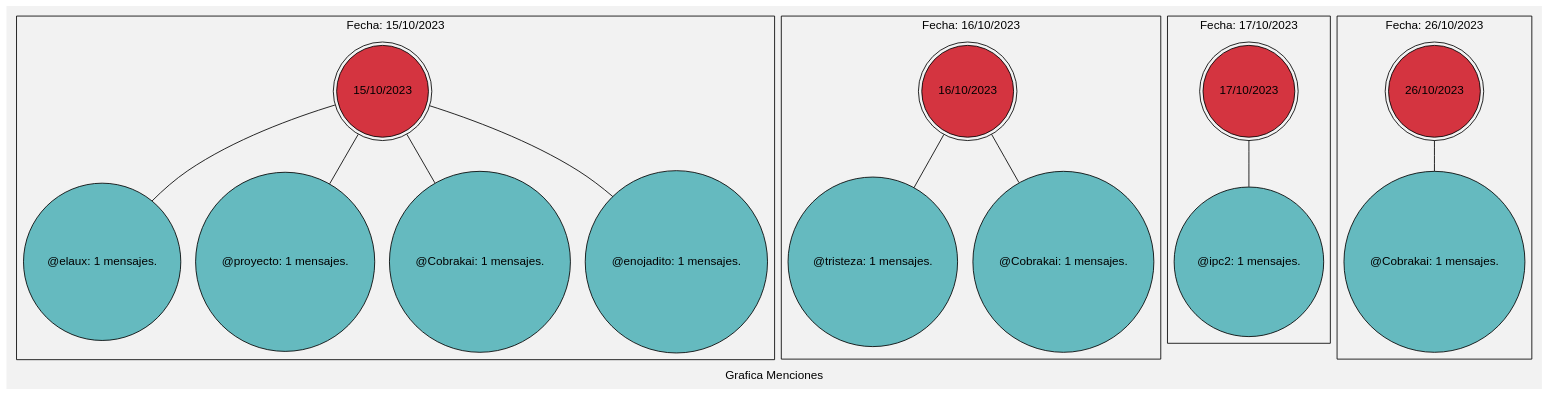
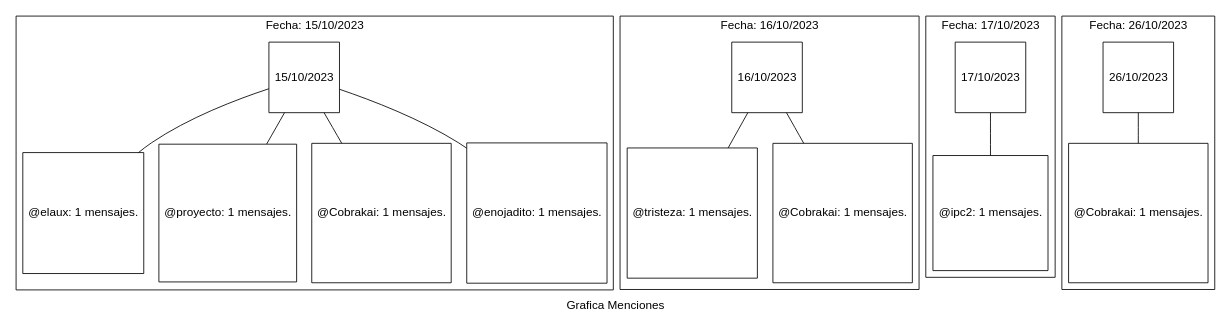
The diagram in Graficas/Grafica_Menciones.dot (PabloR03/IPC2_Proyecto3_202201947), drawn with Graphviz before and after one commit. The commit also changed 45 other files, not shown here.

```diff
--- a/Graficas/Grafica_Menciones.dot
+++ b/Graficas/Grafica_Menciones.dot
@@ -1,38 +1,38 @@
 
-            graph "" {bgcolor="#f2f2f2" gradientangle=90 label="Grafica Menciones"
+            graph "" {bgcolor="white" gradientangle=90 label="Grafica Menciones"
                 fontname="Helvetica,Arial,sans-serif"
                 node [fontname="Helvetica,Arial,sans-serif"]
                 edge [fontname="Helvetica,Arial,sans-serif"]subgraph cluster01{label="Fecha: 15/10/2023" style="filled" gradientangle="270"
-n001[fillcolor="#d43440", style=filled, shape=doublecircle, label="15/10/2023"];
-n002 [fillcolor="#65babf", style=filled, shape=circle, label="@elaux: 1 mensajes."];
+n001[fillcolor="white", style=filled, shape=square, label="15/10/2023"];
+n002 [fillcolor="white", style=filled, shape=square, label="@elaux: 1 mensajes."];
 n001--n002 ;
-n003 [fillcolor="#65babf", style=filled, shape=circle, label="@proyecto: 1 mensajes."];
+n003 [fillcolor="white", style=filled, shape=square, label="@proyecto: 1 mensajes."];
 n001--n003 ;
-n004 [fillcolor="#65babf", style=filled, shape=circle, label="@Cobrakai: 1 mensajes."];
+n004 [fillcolor="white", style=filled, shape=square, label="@Cobrakai: 1 mensajes."];
 n001--n004 ;
-n005 [fillcolor="#65babf", style=filled, shape=circle, label="@enojadito: 1 mensajes."];
+n005 [fillcolor="white", style=filled, shape=square, label="@enojadito: 1 mensajes."];
 n001--n005 ;
 
 }
 subgraph cluster02{label="Fecha: 16/10/2023" style="filled" gradientangle="270"
-n007[fillcolor="#d43440", style=filled, shape=doublecircle, label="16/10/2023"];
-n008 [fillcolor="#65babf", style=filled, shape=circle, label="@tristeza: 1 mensajes."];
+n007[fillcolor="white", style=filled, shape=square, label="16/10/2023"];
+n008 [fillcolor="white", style=filled, shape=square, label="@tristeza: 1 mensajes."];
 n007--n008 ;
-n009 [fillcolor="#65babf", style=filled, shape=circle, label="@Cobrakai: 1 mensajes."];
+n009 [fillcolor="white", style=filled, shape=square, label="@Cobrakai: 1 mensajes."];
 n007--n009 ;
 
 }
 subgraph cluster03{label="Fecha: 17/10/2023" style="filled" gradientangle="270"
-n0011[fillcolor="#d43440", style=filled, shape=doublecircle, label="17/10/2023"];
-n0012 [fillcolor="#65babf", style=filled, shape=circle, label="@ipc2: 1 mensajes."];
+n0011[fillcolor="white", style=filled, shape=square, label="17/10/2023"];
+n0012 [fillcolor="white", style=filled, shape=square, label="@ipc2: 1 mensajes."];
 n0011--n0012 ;
 
 }
 subgraph cluster04{label="Fecha: 26/10/2023" style="filled" gradientangle="270"
-n0014[fillcolor="#d43440", style=filled, shape=doublecircle, label="26/10/2023"];
-n0015 [fillcolor="#65babf", style=filled, shape=circle, label="@Cobrakai: 1 mensajes."];
+n0014[fillcolor="white", style=filled, shape=square, label="26/10/2023"];
+n0015 [fillcolor="white", style=filled, shape=square, label="@Cobrakai: 1 mensajes."];
 n0014--n0015 ;
 
 }
 
 }
```
